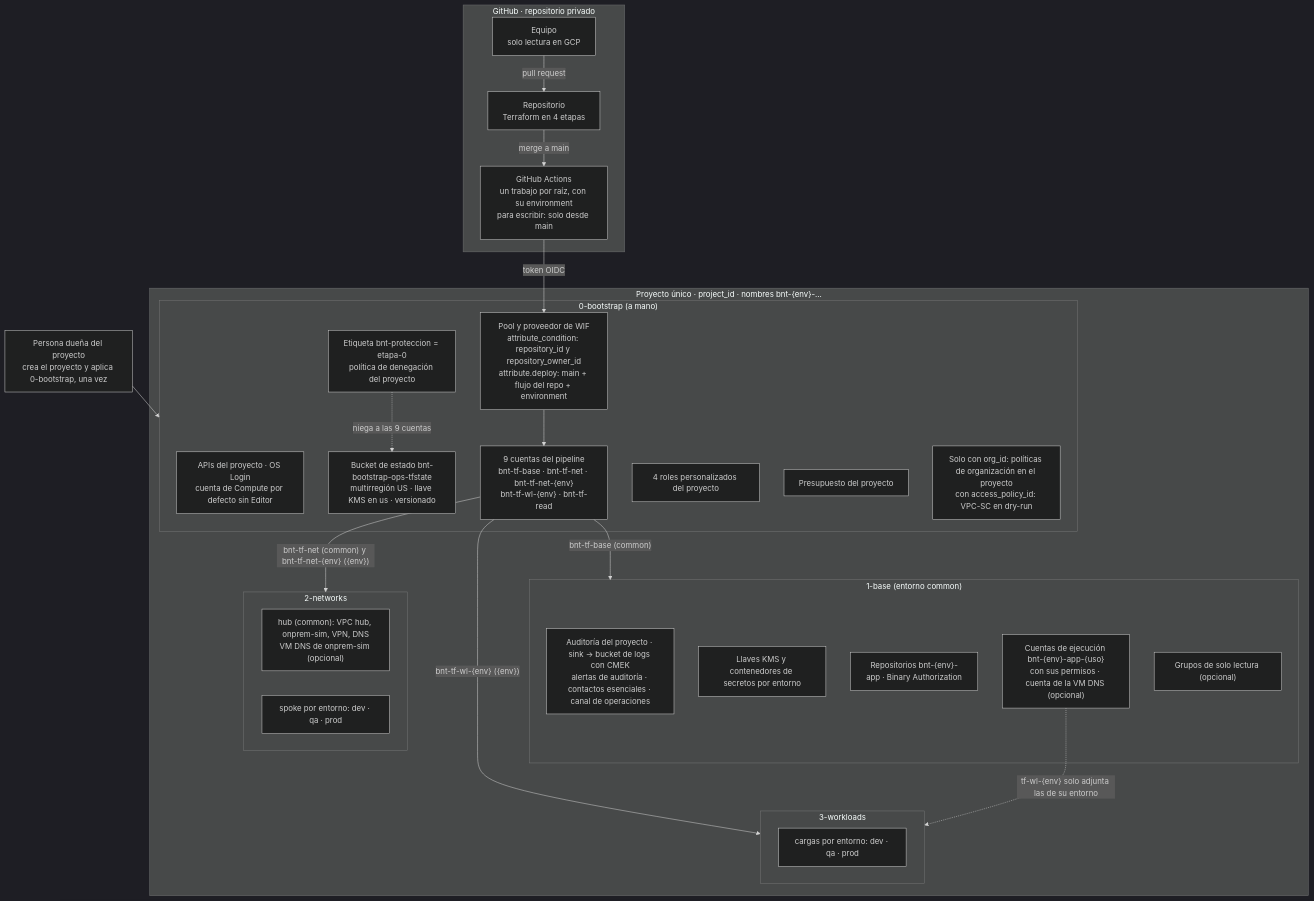
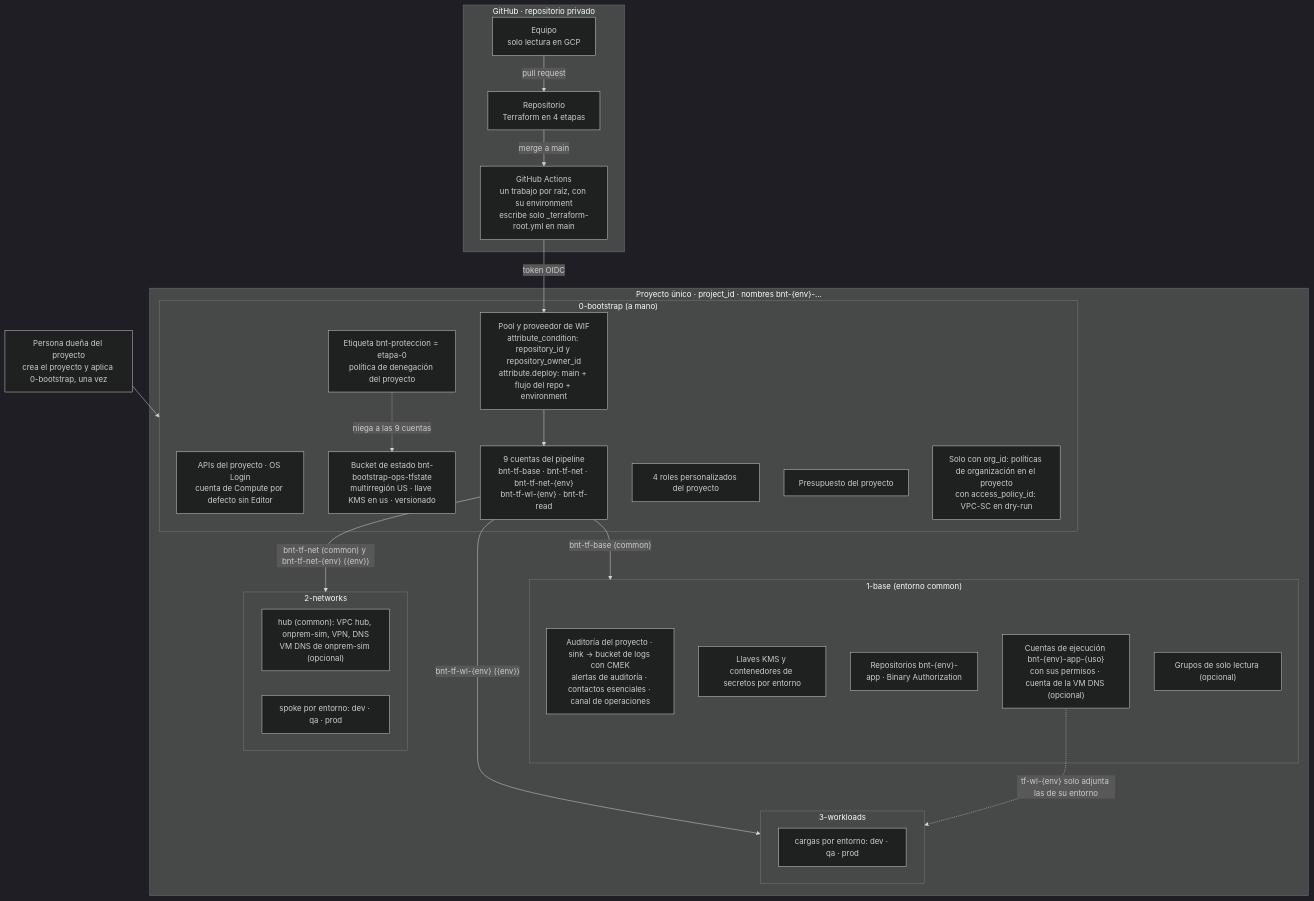
Before and after one commit to jadrianlg16/reto-banorte-gcp-terraform: the diagram in gcp-datacenter/docs/diagramas/01-organizacion-gobierno-acceso.md, drawn with Mermaid (dark theme). The commit also changed other lines of this file and 21 other files, not shown here.

````diff
--- a/gcp-datacenter/docs/diagramas/01-organizacion-gobierno-acceso.md
+++ b/gcp-datacenter/docs/diagramas/01-organizacion-gobierno-acceso.md
@@ -13,46 +13,46 @@
 ```mermaid
 flowchart TB
   subgraph GH["GitHub · repositorio privado"]
     team["Equipo<br/>solo lectura en GCP"]
     repo["Repositorio<br/>Terraform en 4 etapas"]
-    gha["GitHub Actions<br/>un trabajo por raíz, con su environment<br/>para escribir: solo desde main"]
+    gha["GitHub Actions<br/>un trabajo por raíz, con su environment<br/>escribe solo _terraform-root.yml en main"]
     team -- "pull request" --> repo -- "merge a main" --> gha
   end
 
   owner["Persona dueña del proyecto<br/>crea el proyecto y aplica 0-bootstrap, una vez"]
 
   subgraph P["Proyecto único · project_id · nombres bnt-{env}-…"]
     subgraph B0["0-bootstrap (a mano)"]
       apis["APIs del proyecto · OS Login<br/>cuenta de Compute por defecto sin Editor"]
       state["Bucket de estado bnt-bootstrap-ops-tfstate<br/>multirregión US · llave KMS en us · versionado"]
       wif["Pool y proveedor de WIF<br/>attribute_condition: repository_id y repository_owner_id<br/>attribute.deploy: main + flujo del repo + environment"]
       sas["9 cuentas del pipeline<br/>bnt-tf-base · bnt-tf-net · bnt-tf-net-{env}<br/>bnt-tf-wl-{env} · bnt-tf-read"]
       roles["4 roles personalizados del proyecto"]
       deny["Etiqueta bnt-proteccion = etapa-0<br/>política de denegación del proyecto"]
       budget["Presupuesto del proyecto"]
       orgc["Solo con org_id: políticas de organización en el proyecto<br/>con access_policy_id: VPC-SC en dry-run"]
     end
     subgraph B1["1-base (entorno common)"]
       audit["Auditoría del proyecto · sink → bucket de logs con CMEK<br/>alertas de auditoría · contactos esenciales · canal de operaciones"]
       keys["Llaves KMS y contenedores de secretos por entorno"]
       img["Repositorios bnt-{env}-app · Binary Authorization"]
       runsa["Cuentas de ejecución bnt-{env}-app-{uso}<br/>con sus permisos · cuenta de la VM DNS (opcional)"]
       people["Grupos de solo lectura (opcional)"]
     end
     subgraph N2["2-networks"]
       hub["hub (common): VPC hub, onprem-sim, VPN, DNS<br/>VM DNS de onprem-sim (opcional)"]
       spk["spoke por entorno: dev · qa · prod"]
     end
     subgraph W3["3-workloads"]
       wl["cargas por entorno: dev · qa · prod"]
     end
   end
 
   owner --> B0
   gha -- "token OIDC" --> wif --> sas
   sas -- "bnt-tf-base (common)" --> B1
   sas -- "bnt-tf-net (common) y bnt-tf-net-{env} ({env})" --> N2
   sas -- "bnt-tf-wl-{env} ({env})" --> W3
   runsa -. "tf-wl-{env} solo adjunta las de su entorno" .-> W3
   deny -. "niega a las 9 cuentas" .-> state
 ```
````
